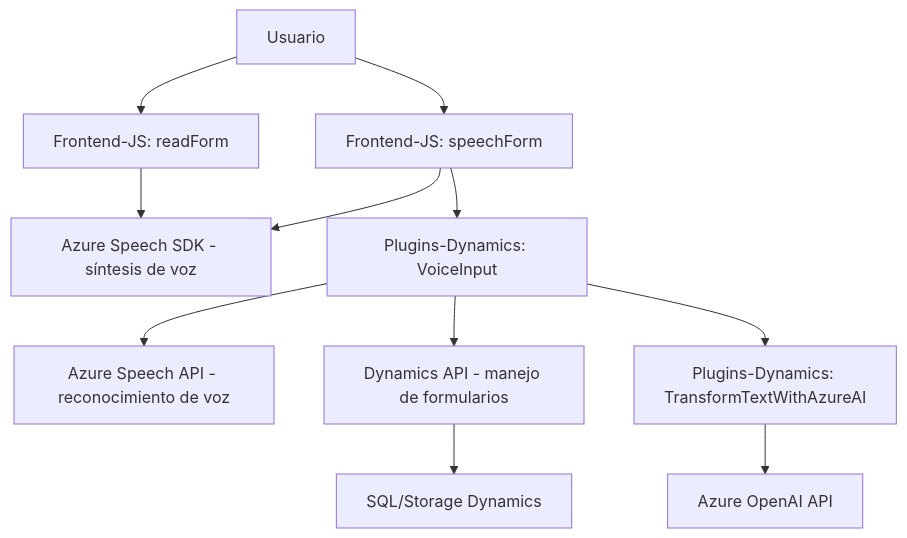
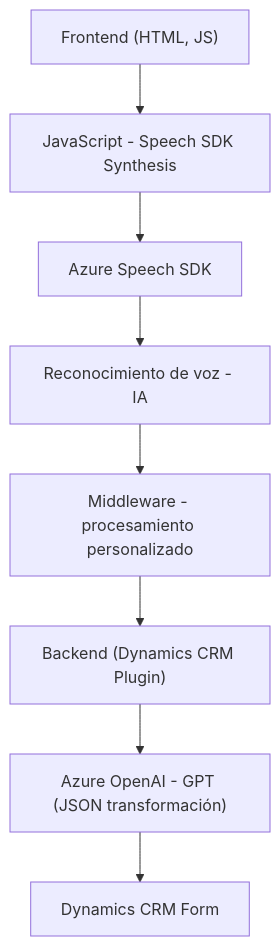
One commit to blopezdm/NETCORE_BILBAO2025 changed the diagram in README.md. Above: the diagram before and after it, drawn with Mermaid. The commit also changed other lines of this file, not shown here.

````diff
--- a/README.md
+++ b/README.md
@@ -44,13 +53,19 @@
 ```mermaid
 graph TD
-    A["Usuario"] --> B["Frontend-JS: readForm"]
-    A --> C["Frontend-JS: speechForm"]
-    B --> D["Azure Speech SDK - síntesis de voz"]
+    A["Frontend (HTML, JS)"]
+    B["JavaScript - Speech SDK Synthesis"]
+    C["Azure Speech SDK"]
+    D["Reconocimiento de voz - IA"]
+    E["Middleware - procesamiento personalizado"]
+    F["Backend (Dynamics CRM Plugin)"]
+    G["Azure OpenAI - GPT (JSON transformación)"]
+    H["Dynamics CRM Form"]
+    
+    A --> B
+    B --> C
     C --> D
-    C --> E["Plugins-Dynamics: VoiceInput"]
-    E --> F["Azure Speech API - reconocimiento de voz"]
-    E --> G["Dynamics API - manejo de formularios"]
-    E --> H["Plugins-Dynamics: TransformTextWithAzureAI"]
-    H --> I["Azure OpenAI API"]
-    G --> J["SQL/Storage Dynamics"]
+    D --> E
+    E --> F
+    F --> G
+    G --> H
 ```
````
